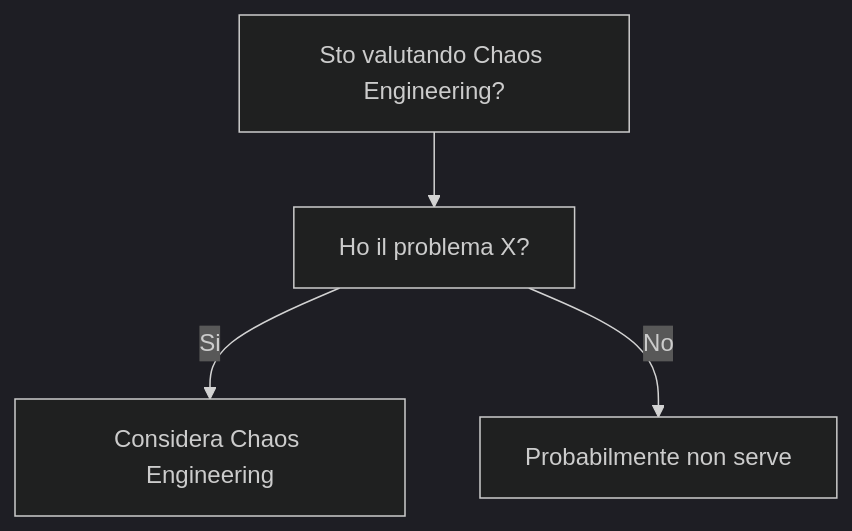
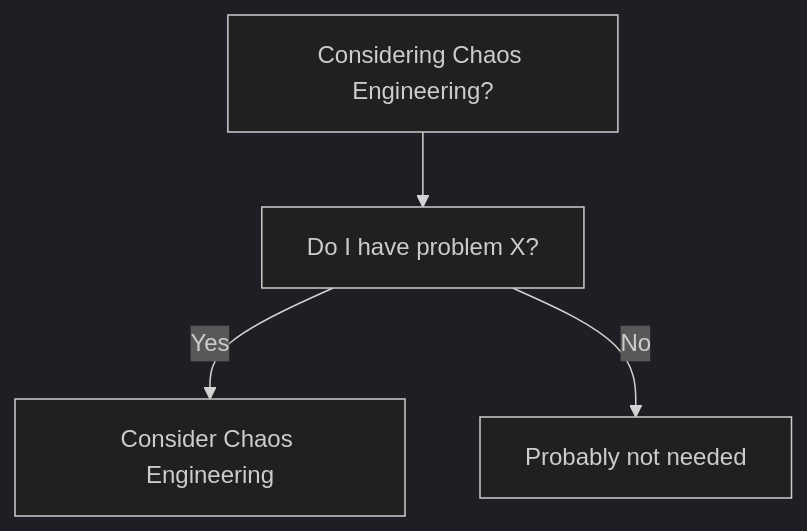
The diagram in dev-wiki/23_Resilience_Engineering/Chaos_Engineering/When_To_Use.md (HxT9/Software-Dev-Wiki), drawn with Mermaid (dark theme) before and after one commit. The commit also changed other lines of this file and 3444 other files, not shown here.

````diff
--- a/dev-wiki/23_Resilience_Engineering/Chaos_Engineering/When_To_Use.md
+++ b/dev-wiki/23_Resilience_Engineering/Chaos_Engineering/When_To_Use.md
@@ -19,6 +19,6 @@
 ```mermaid
 flowchart TD
-  Q[Sto valutando Chaos Engineering?] --> Q1[Ho il problema X?]
-  Q1 -->|Si| OK[Considera Chaos Engineering]
-  Q1 -->|No| NO[Probabilmente non serve]
+  Q[Considering Chaos Engineering?] --> Q1[Do I have problem X?]
+  Q1 -->|Yes| OK[Consider Chaos Engineering]
+  Q1 -->|No| NO[Probably not needed]
 ```
````
